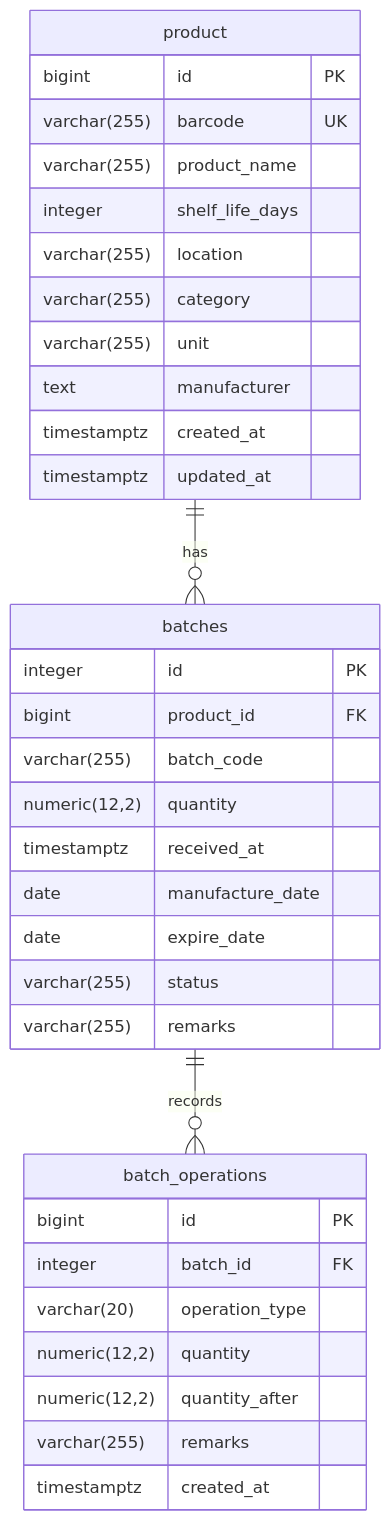
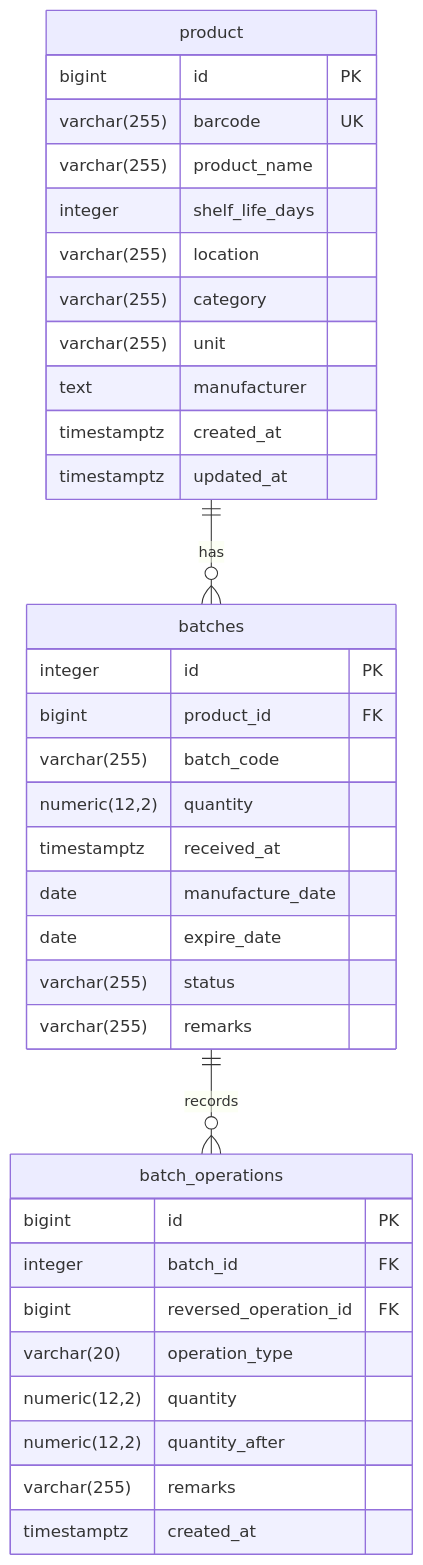
One commit to Harutaizumiya/origin_django changed the diagram in docs/db.md. Above: the diagram before and after it, drawn with Mermaid. The commit also changed other lines of this file and 8 other files, not shown here.

````diff
--- a/docs/db.md
+++ b/docs/db.md
@@ -17,40 +17,41 @@
 ```mermaid
 erDiagram
     product ||--o{ batches : "has"
     batches ||--o{ batch_operations : "records"
 
     product {
         bigint id PK
         varchar(255) barcode UK
         varchar(255) product_name
         integer shelf_life_days
         varchar(255) location
         varchar(255) category
         varchar(255) unit
         text manufacturer
         timestamptz created_at
         timestamptz updated_at
     }
 
     batches {
         integer id PK
         bigint product_id FK
         varchar(255) batch_code
         numeric(12,2) quantity
         timestamptz received_at
         date manufacture_date
         date expire_date
         varchar(255) status
         varchar(255) remarks
     }
 
     batch_operations {
         bigint id PK
         integer batch_id FK
+        bigint reversed_operation_id FK
         varchar(20) operation_type
         numeric(12,2) quantity
         numeric(12,2) quantity_after
         varchar(255) remarks
         timestamptz created_at
     }
 ```
````
